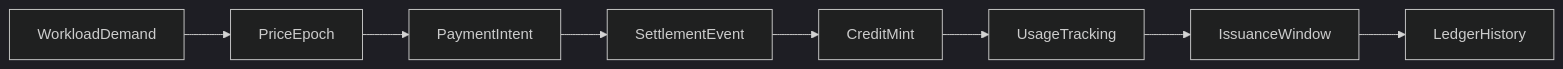
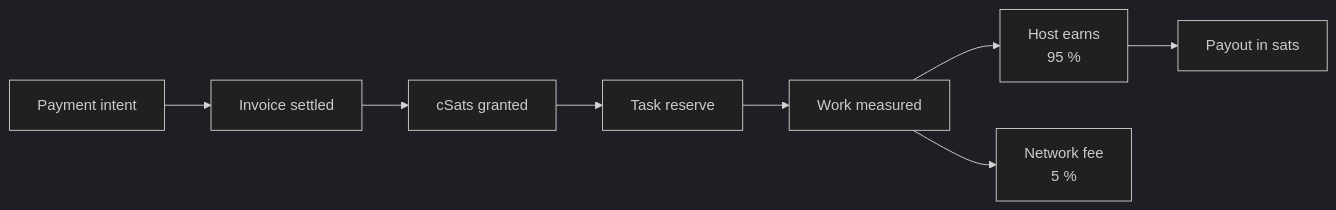
Before and after one commit to codyrs82/Edgecoder: the diagram in site-docs/economy/settlement-lifecycle.md, drawn with Mermaid (dark theme). The commit also changed other lines of this file and 20 other files, not shown here.

````diff
--- a/site-docs/economy/settlement-lifecycle.md
+++ b/site-docs/economy/settlement-lifecycle.md
@@ -7,19 +12,19 @@
 ```mermaid
 flowchart LR
-  demand[WorkloadDemand]
-  pricing[PriceEpoch]
-  intent[PaymentIntent]
-  settle[SettlementEvent]
-  mint[CreditMint]
-  usage[UsageTracking]
-  issuance[IssuanceWindow]
-  history[LedgerHistory]
+  intent[Payment intent]
+  settle[Invoice settled]
+  grant[cSats granted]
+  reserve[Task reserve]
+  run[Work measured]
+  earn[Host earns<br/>95 %]
+  fee[Network fee<br/>5 %]
+  payout[Payout in sats]
 
-  demand --> pricing
-  pricing --> intent
   intent --> settle
-  settle --> mint
-  mint --> usage
-  usage --> issuance
-  issuance --> history
+  settle --> grant
+  grant --> reserve
+  reserve --> run
+  run --> earn
+  run --> fee
+  earn --> payout
 ```
````
